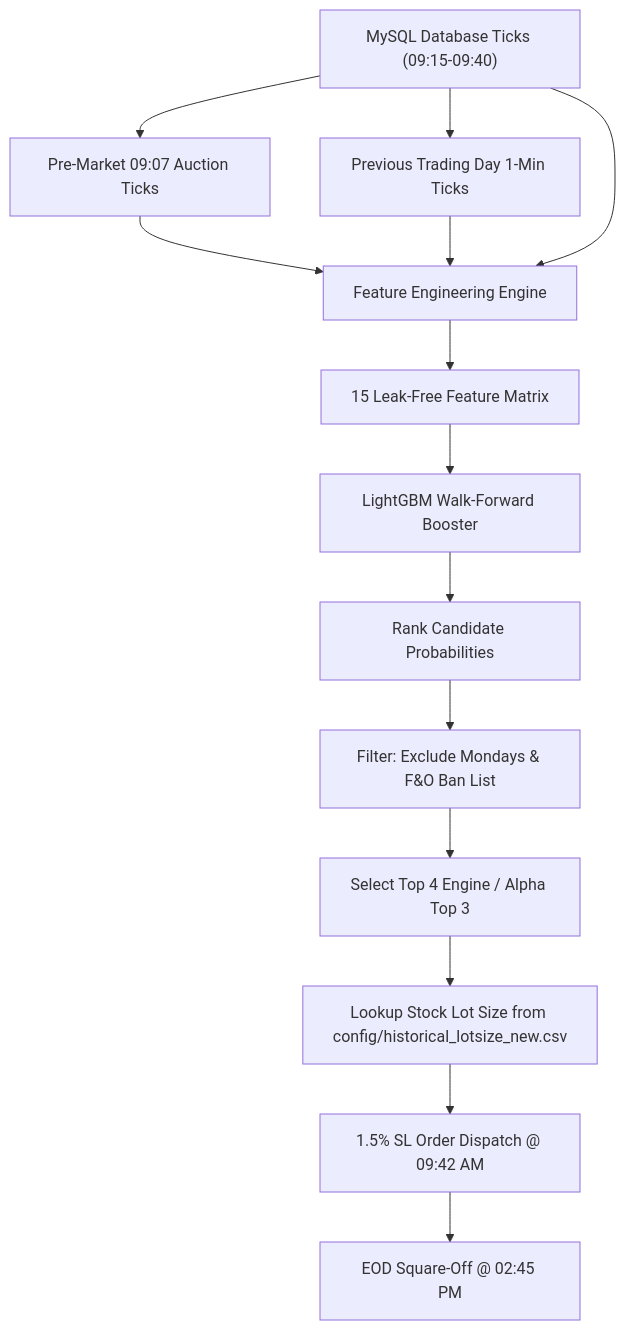
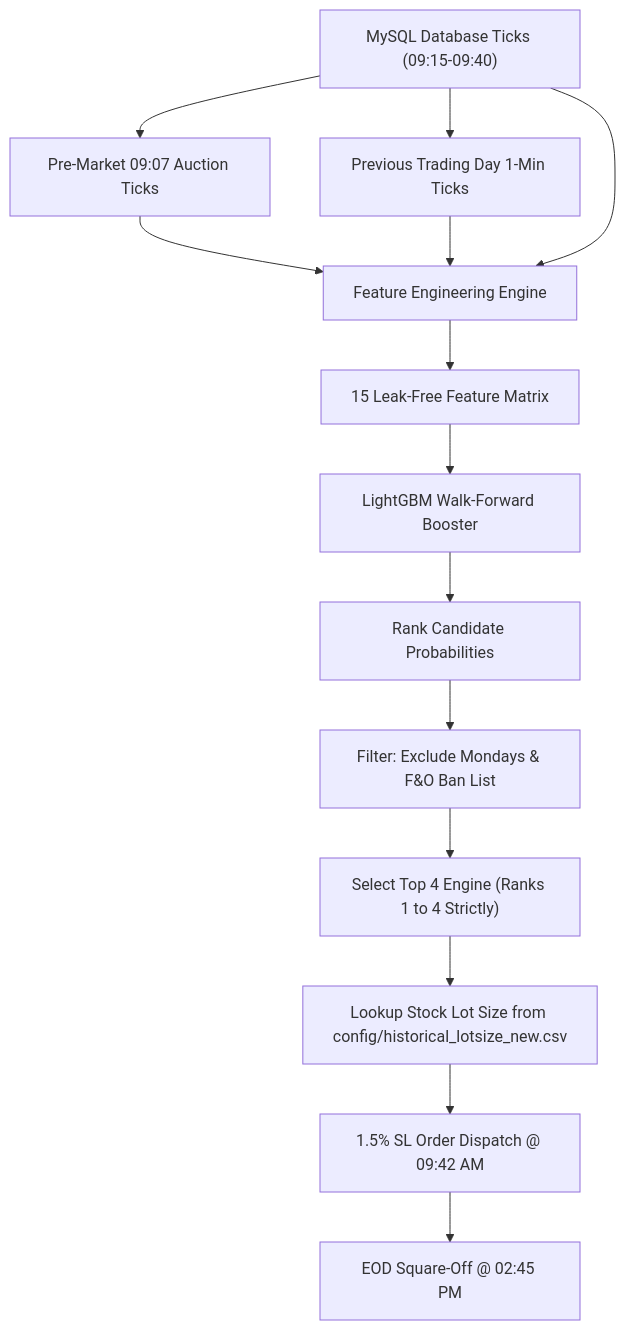
The diagram in v5_from_scratch/README.md (sarangsukumar/options-sniper), drawn with Mermaid before and after one commit. The commit also changed other lines of this file, not shown here.

Commit message:
Standardize production rules in README: Ranks 1 to 4 strictly every year with 1.5% SL

````diff
--- a/v5_from_scratch/README.md
+++ b/v5_from_scratch/README.md
@@ -174,19 +181,19 @@
 ```mermaid
 graph TD
     A["MySQL Database Ticks (09:15-09:40)"] --> B["Pre-Market 09:07 Auction Ticks"]
     A --> C["Previous Trading Day 1-Min Ticks"]
     
     B --> D["Feature Engineering Engine"]
     C --> D
     A --> D
     
     D --> E["15 Leak-Free Feature Matrix"]
     E --> F["LightGBM Walk-Forward Booster"]
     F --> G["Rank Candidate Probabilities"]
     
     G --> H["Filter: Exclude Mondays & F&O Ban List"]
-    H --> I["Select Top 4 Engine / Alpha Top 3"]
+    H --> I["Select Top 4 Engine (Ranks 1 to 4 Strictly)"]
     I --> J["Lookup Stock Lot Size from config/historical_lotsize_new.csv"]
     J --> K["1.5% SL Order Dispatch @ 09:42 AM"]
     K --> L["EOD Square-Off @ 02:45 PM"]
 ```
````
